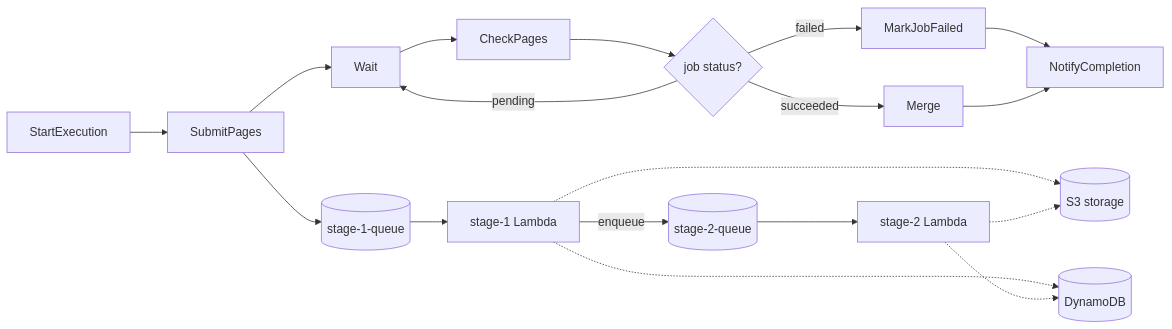
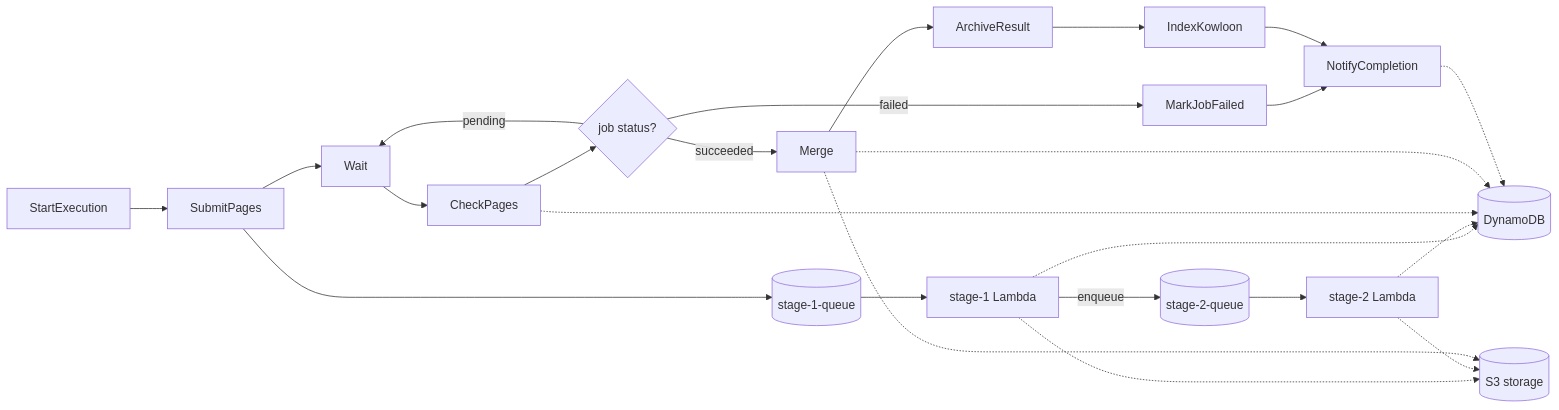
The diagram in README.md (keix/lady-glass), drawn with Mermaid before and after one commit.

Commit message:
README: add SFN persistence edges and Archive → Index into the mermaid
Extends the unified mermaid with two things that were still missing:

  - The four dotted arrows from CheckPages / Merge / Notify to
    DynamoDB and S3 that make the SFN's dependency on persistence
    visible alongside the L1 / L2 edges.
  - The ArchiveResult → IndexKowloon pair between Merge and Notify,
    matching the per-job workflow order (Merge writes the merged
    result, Archive copies it to the permanent bucket + writes the
    manifest, Index hands the manifest URI to Kowloon).

The diagram stays as a single flat LR flowchart — no subgraphs, no
outer container — so the layout stays predictable.

````diff
--- a/README.md
+++ b/README.md
@@ -19,23 +19,30 @@
 ```mermaid
 flowchart LR
     Start[StartExecution]
     Start --> SubmitPages
     SubmitPages --> Wait
     Wait --> CheckPages
     CheckPages --> Choice{job status?}
     Choice -- pending --> Wait
     Choice -- failed --> MarkFailed[MarkJobFailed]
     Choice -- succeeded --> Merge
     MarkFailed --> Notify[NotifyCompletion]
-    Merge --> Notify
+    Merge --> Archive[ArchiveResult]
+    Archive --> Index[IndexKowloon]
+    Index --> Notify
 
     SubmitPages --> Q1[(stage-1-queue)]
     Q1 --> L1[stage-1 Lambda]
     L1 -- enqueue --> Q2[(stage-2-queue)]
     Q2 --> L2[stage-2 Lambda]
 
     L1 -.-> S3[(S3)]
     L1 -.-> DDB[(DynamoDB)]
     L2 -.-> S3[(S3 storage)]
     L2 -.-> DDB
+
+    CheckPages -.-> DDB
+    Merge -.-> DDB
+    Merge -.-> S3
+    Notify -.-> DDB
 ```
````
